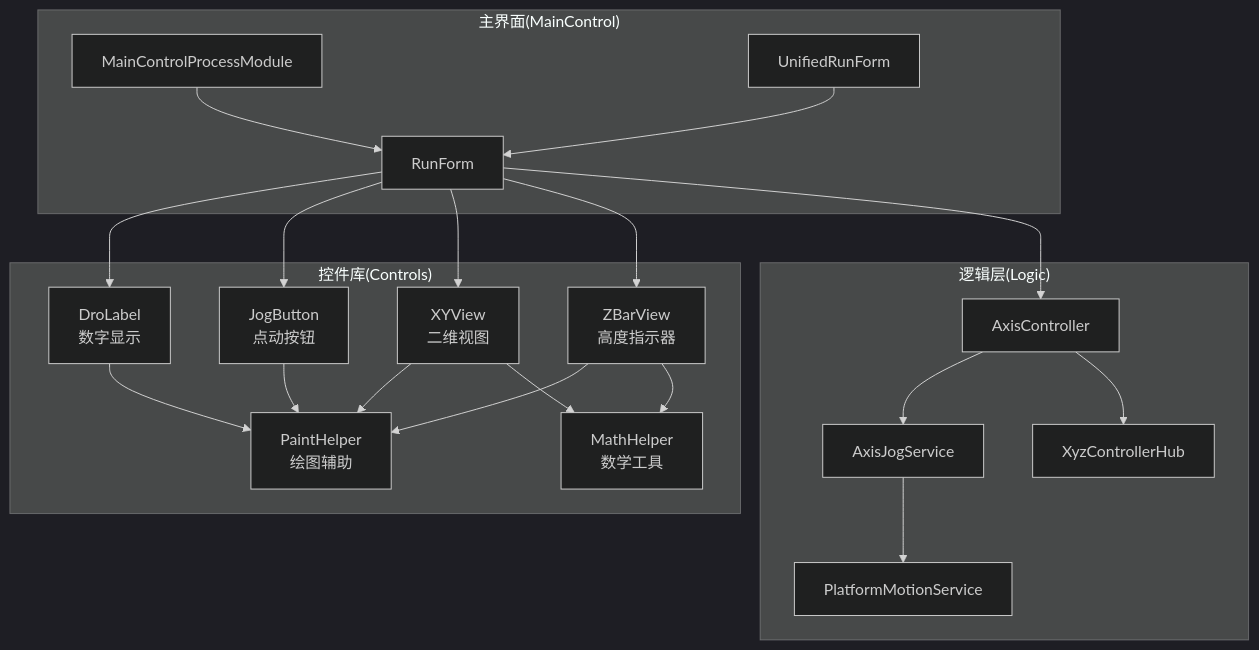
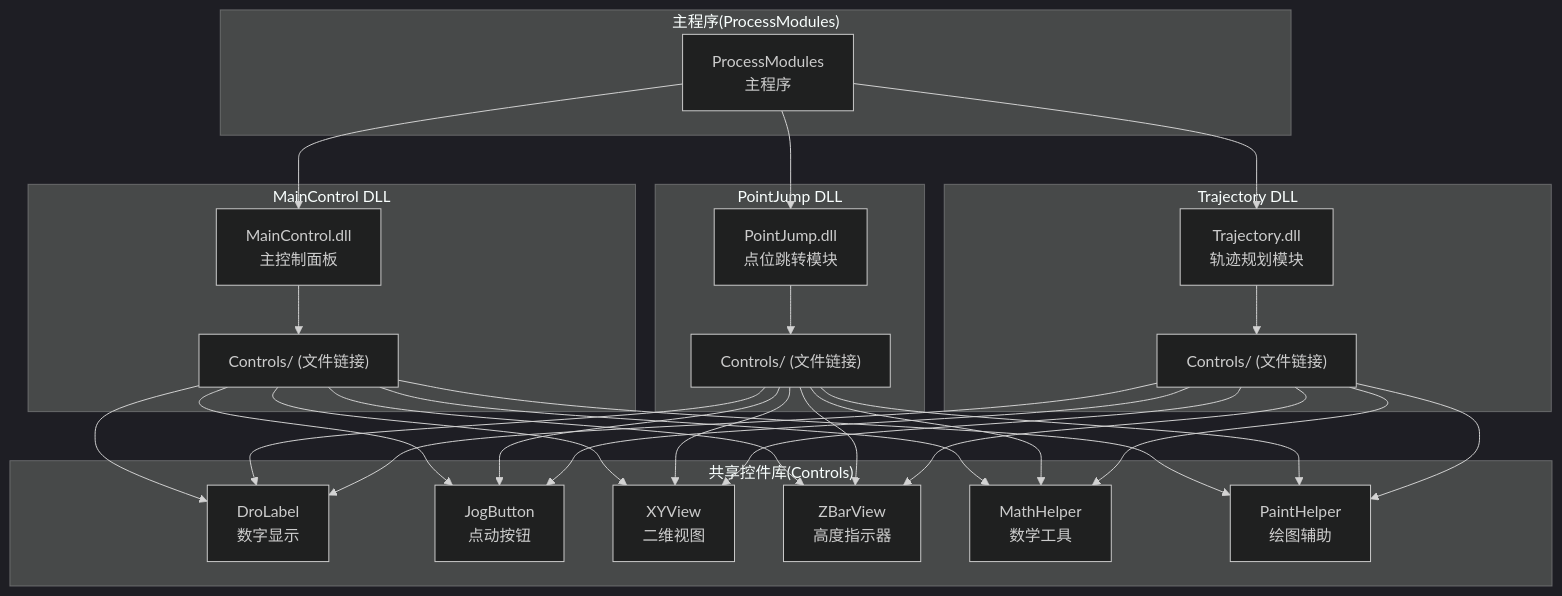
One commit to fuweiq94-cloud/339918076 changed the first of 7 diagrams in .qoder/repowiki/zh/content/UI控件库/UI控件库.md. Above: the diagram before and after it, drawn with Mermaid (dark theme). The commit also changed other lines of this file and 203 other files, not shown here.

````diff
--- a/.qoder/repowiki/zh/content/UI控件库/UI控件库.md
+++ b/.qoder/repowiki/zh/content/UI控件库/UI控件库.md
@@ -45,38 +56,50 @@
 ```mermaid
 graph TB
-subgraph "控件库(Controls)"
+subgraph "主程序(ProcessModules)"
+PM["ProcessModules<br/>主程序"]
+end
+subgraph "MainControl DLL"
+MC["MainControl.dll<br/>主控制面板"]
+MCC["Controls/ (文件链接)"]
+end
+subgraph "PointJump DLL"
+PJ["PointJump.dll<br/>点位跳转模块"]
+PJC["Controls/ (文件链接)"]
+end
+subgraph "Trajectory DLL"
+TR["Trajectory.dll<br/>轨迹规划模块"]
+TRC["Controls/ (文件链接)"]
+end
+subgraph "共享控件库(Controls)"
 DL["DroLabel<br/>数字显示"]
 JB["JogButton<br/>点动按钮"]
 XY["XYView<br/>二维视图"]
 ZB["ZBarView<br/>高度指示器"]
 MH["MathHelper<br/>数学工具"]
 PH["PaintHelper<br/>绘图辅助"]
 end
-subgraph "主界面(MainControl)"
-MPM["MainControlProcessModule"]
-RF["RunForm"]
-URF["UnifiedRunForm"]
-end
-subgraph "逻辑层(Logic)"
-AC["AxisController"]
-AJS["AxisJogService"]
-PMS["PlatformMotionService"]
-XH["XyzControllerHub"]
-end
-DL --> PH
-JB --> PH
-XY --> PH
-ZB --> PH
-XY --> MH
-ZB --> MH
-RF --> DL
-RF --> JB
-RF --> XY
-RF --> ZB
-URF --> RF
-MPM --> RF
-RF --> AC
-AC --> AJS
-AJS --> PMS
-AC --> XH
+PM --> MC
+PM --> PJ
+PM --> TR
+MC --> MCC
+PJ --> PJC
+TR --> TRC
+MCC --> DL
+MCC --> JB
+MCC --> XY
+MCC --> ZB
+MCC --> MH
+MCC --> PH
+PJC --> DL
+PJC --> JB
+PJC --> XY
+PJC --> ZB
+PJC --> MH
+PJC --> PH
+TRC --> DL
+TRC --> JB
+TRC --> XY
+TRC --> ZB
+TRC --> MH
+TRC --> PH
 ```
````
